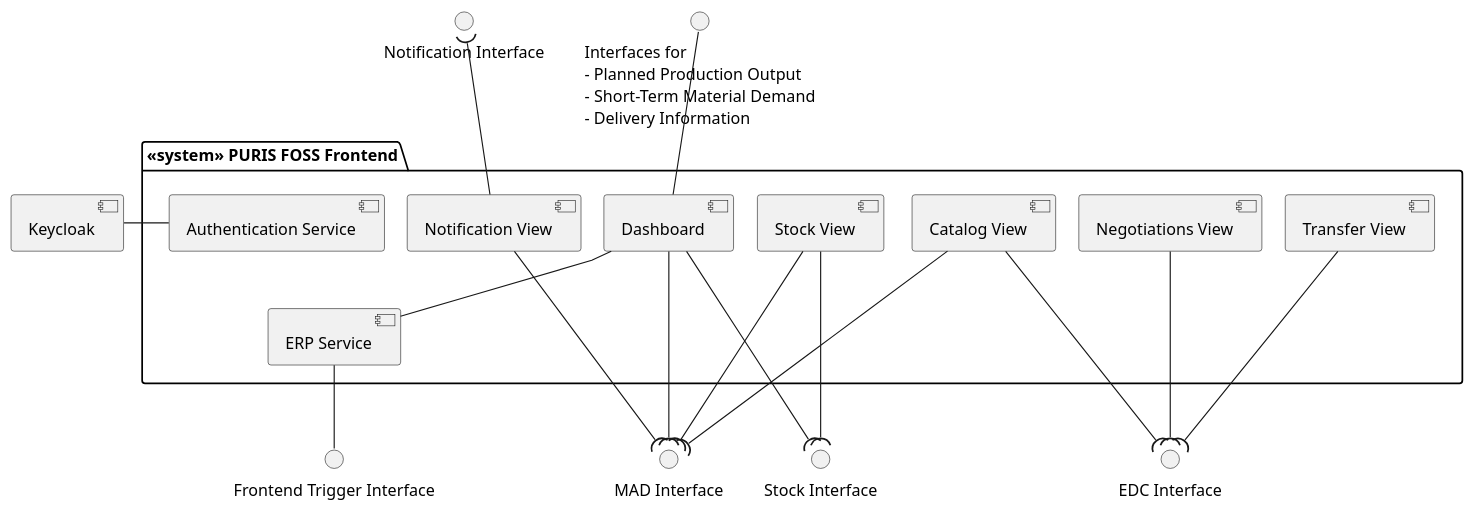
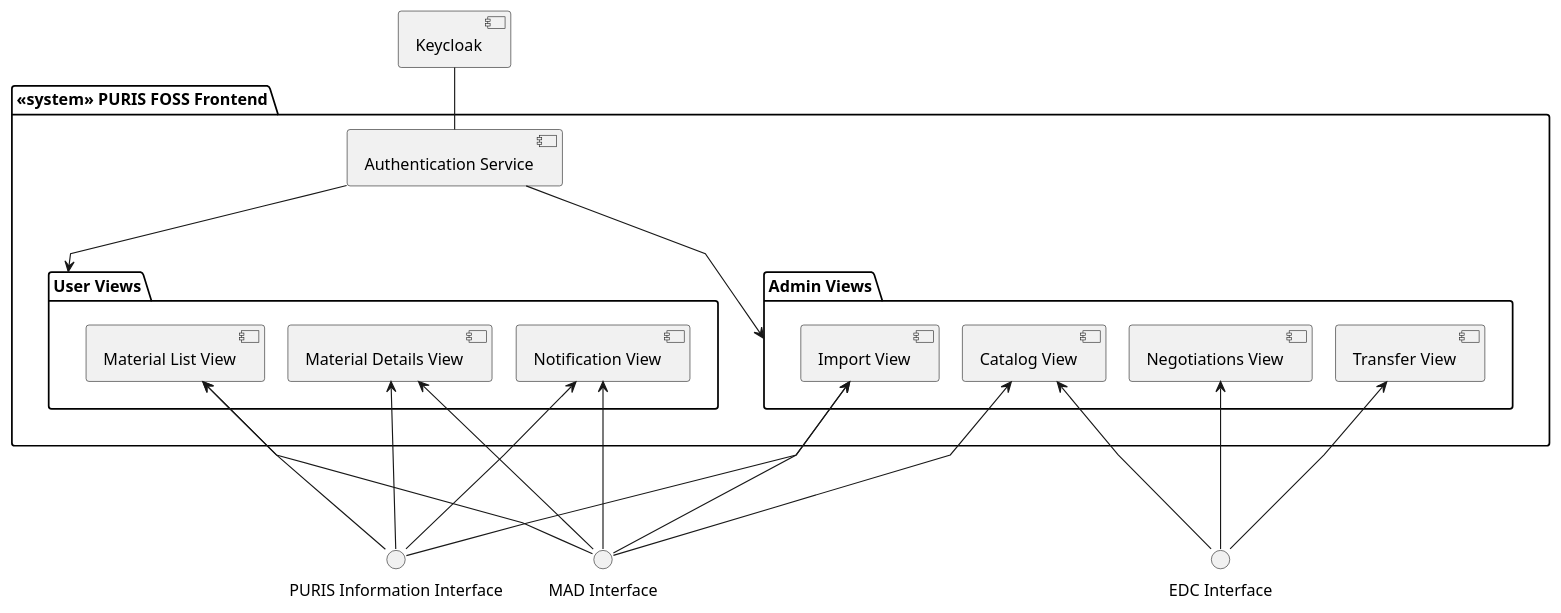
Before and after one commit to eclipse-tractusx/puris: the diagram in docs/architecture/puml/05-level-1-frontend.puml, drawn with PlantUML. The commit also changed 14 other files, not shown here.

```diff
--- a/docs/architecture/puml/05-level-1-frontend.puml
+++ b/docs/architecture/puml/05-level-1-frontend.puml
@@ -1,51 +1,47 @@
 @startuml
 skinparam linetype polyline
 skinparam nodesep 20
 skinparam ranksep 50
 
-() erp_frontend_interface as "Frontend Trigger Interface"
-() edc_interface as "EDC Interface"
-() mad_interface as "MAD Interface"
-() edc_interface as "EDC Interface"
-() notifications_interface as "Notification Interface"
+package "<<system>> PURIS FOSS Frontend"{
+  [Authentication Service] as auth_service
 
-package "<<system>> PURIS FOSS Frontend"{
-
-  [ERP Service] as erp_service
-  together {
-    [Stock View] as stock_view
+  package "User Views" as user_views {
+    [Material List View] as material_list_view
+    [Material Details View] as material_details_view
     [Notification View] as notifications_view
-    [Dashboard] as dashboard
-    [Authentication Service] as auth_service
   }
-  together {
+  package "Admin Views" as admin_views {
+    [Import View] as import_view
     [Catalog View] as catalog_view
     [Negotiations View] as negotiations_view
     [Transfer View] as transfer_view
   }
 }
-"Interfaces for\n- Planned Production Output\n- Short-Term Material Demand\n- Delivery Information" -- dashboard
 [Keycloak] as idp
 
-idp - auth_service
+idp -down- auth_service
 
-stock_view ---( "Stock Interface"
-stock_view ---( mad_interface
+auth_service -down--> user_views
+auth_service -down--> admin_views
 
-dashboard ---( "Stock Interface"
-dashboard ---( mad_interface
-notifications_view ---( mad_interface
-notifications_interface )-- notifications_view
 
-catalog_view ---( edc_interface
-catalog_view ---( mad_interface
-negotiations_view ---( edc_interface
-transfer_view ---( edc_interface
+() edc_interface as "EDC Interface"
+() mad_interface as "MAD Interface"
+() information_interface as "PURIS Information Interface"
 
-erp_service - dashboard
-erp_frontend_interface -up- erp_service
-dashboard -[hidden]right- stock_view
+material_list_view <--- information_interface
+material_details_view <--- information_interface
+notifications_view <--- information_interface
+material_list_view <--- mad_interface
+material_details_view <--- mad_interface
+notifications_view <--- mad_interface
+import_view <--- mad_interface
+import_view <--- information_interface
 
-auth_service -[hidden]down- erp_service
+catalog_view <--- edc_interface
+catalog_view <--- mad_interface
+negotiations_view <--- edc_interface
+transfer_view <--- edc_interface
 
 @enduml
```
